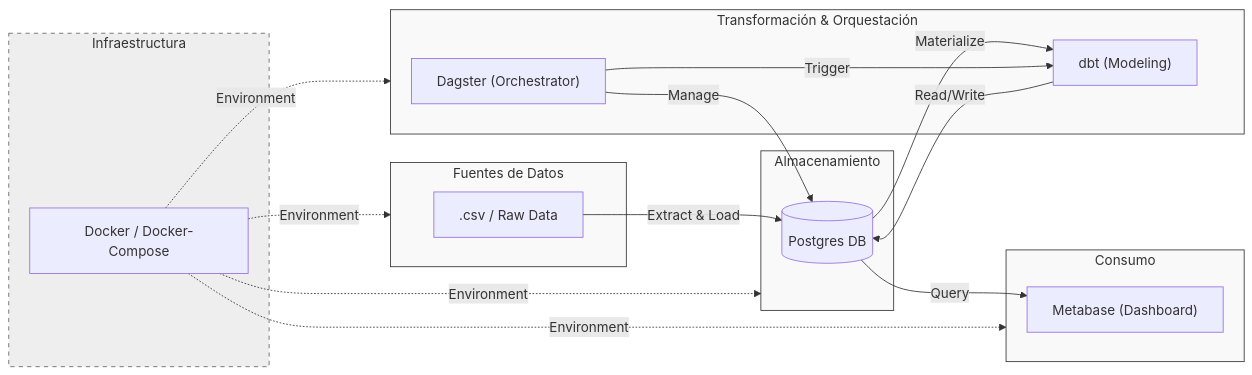
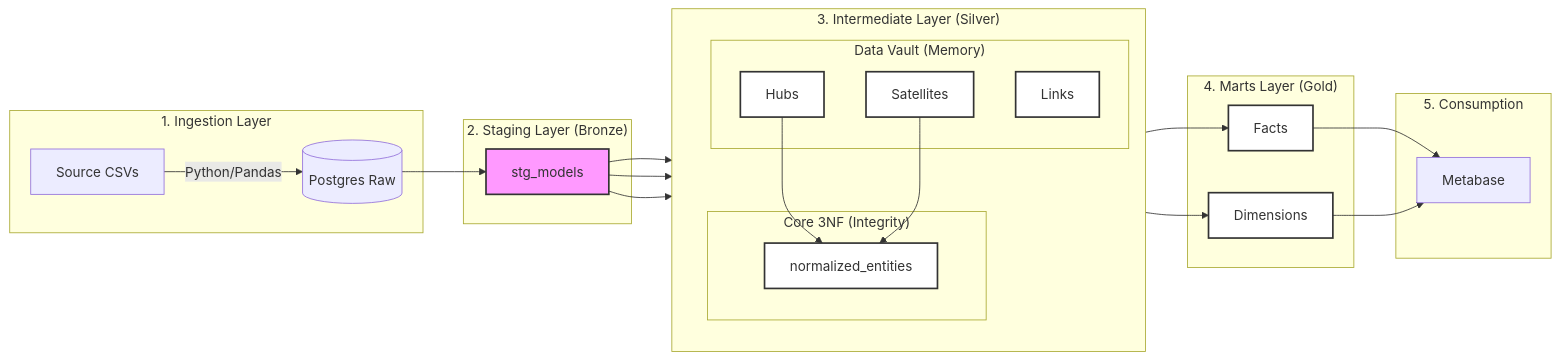
The diagram in docs/diagrams/architecture.mmd (26-jorge-01/analytics-modeling-lab), drawn with Mermaid before and after one commit. The commit also changed 417 other files, not shown here.

```diff
--- a/docs/diagrams/architecture.mmd
+++ b/docs/diagrams/architecture.mmd
@@ -1,39 +1,39 @@
 graph LR
-    subgraph Sources ["Fuentes de Datos"]
-        CSVs[".csv / Raw Data"]
+    subgraph Ingestion["1. Ingestion Layer"]
+        CSV[Source CSVs] --> |Python/Pandas| Raw[(Postgres Raw)]
     end
 
-    subgraph Storage ["Almacenamiento"]
-        Postgres[("Postgres DB")]
+    subgraph Staging["2. Staging Layer (Bronze)"]
+        Raw --> STG[stg_models]
+        style STG fill:#f9f,stroke:#333,stroke-width:2px
     end
 
-    subgraph Transformation ["Transformación & Orquestación"]
-        Dagster["Dagster (Orchestrator)"]
-        dbt["dbt (Modeling)"]
+    subgraph Intermediate["3. Intermediate Layer (Silver)"]
+        direction TB
+        subgraph Vault["Data Vault (Memory)"]
+            Hubs[Hubs]
+            Links[Links]
+            Sats[Satellites]
+        end
+        subgraph Core["Core 3NF (Integrity)"]
+            CoreT[normalized_entities]
+        end
+        STG --> Hubs
+        STG --> Links
+        STG --> Sats
+        Hubs --> CoreT
+        Sats --> CoreT
     end
 
-    subgraph Consumption ["Consumo"]
-        Metabase["Metabase (Dashboard)"]
+    subgraph Marts["4. Marts Layer (Gold)"]
+        CoreT --> Facts[Facts]
+        CoreT --> Dims[Dimensions]
     end
 
-    subgraph Infrastructure ["Infraestructura"]
-        Docker["Docker / Docker-Compose"]
+    subgraph BI["5. Consumption"]
+        Facts --> Dashboards[Metabase]
+        Dims --> Dashboards
     end
 
-    CSVs -->|Extract & Load| Postgres
-    Postgres -->|Materialize| dbt
-    dbt -->|Read/Write| Postgres
-    Dagster -->|Trigger| dbt
-    Dagster -->|Manage| Postgres
-    Postgres -->|Query| Metabase
-    
-    Docker -.->|Environment| Sources
-    Docker -.->|Environment| Storage
-    Docker -.->|Environment| Transformation
-    Docker -.->|Environment| Consumption
-
-    style Sources fill:#f9f9f9,stroke:#333,stroke-width:1px
-    style Storage fill:#f9f9f9,stroke:#333,stroke-width:1px
-    style Transformation fill:#f9f9f9,stroke:#333,stroke-width:1px
-    style Consumption fill:#f9f9f9,stroke:#333,stroke-width:1px
-    style Infrastructure fill:#eeeeee,stroke:#666,stroke-width:1px,stroke-dasharray: 5 5
+    classDef standard fill:#fff,stroke:#333,stroke-width:2px;
+    class Hubs,Links,Sats,CoreT,Facts,Dims standard;
```
